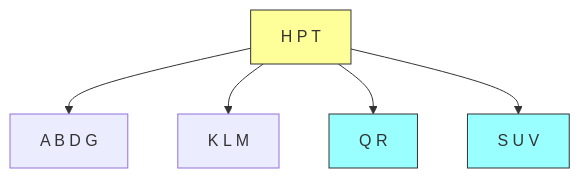
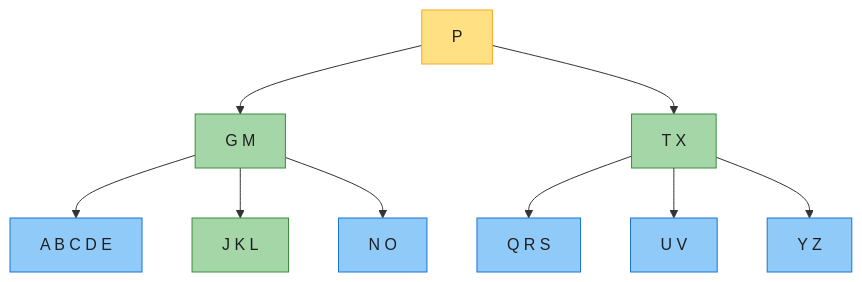
The sixth of 12 diagrams in IntroductionToAlgorithms/Chapter18_B树_深度版.md (socoo123/book_reading), drawn with Mermaid before and after one commit. The commit also changed other lines of this file and 30 other files, not shown here.

````diff
--- a/IntroductionToAlgorithms/Chapter18_B树_深度版.md
+++ b/IntroductionToAlgorithms/Chapter18_B树_深度版.md
@@ -430,12 +279,18 @@
 ```mermaid
 graph TD
-    Root["H P T"]
-    Root --> L["A B D G"]
-    Root --> M["K L M"]
-    Root --> Mid["Q R"]
-    Root --> Right["S U V"]
+    R["P"] --> L1["G M"]
+    R --> R1["T X"]
+    L1 --> A["A B C D E"]
+    L1 --> B["J K L"]
+    L1 --> C["N O"]
+    R1 --> D["Q R S"]
+    R1 --> E["U V"]
+    R1 --> F["Y Z"]
 
-    style Root fill:#ff9,stroke:#333
-    style Mid fill:#9ff,stroke:#333
-    style Right fill:#9ff,stroke:#333
+    classDef root fill:#FFE082,stroke:#F9A825,color:#1f1f1f;
+    classDef hot fill:#A5D6A7,stroke:#388E3C,color:#1f1f1f;
+    classDef plain fill:#90CAF9,stroke:#1976D2,color:#1f1f1f;
+    class R root;
+    class L1,R1,B hot;
+    class A,C,D,E,F plain;
 ```
````
